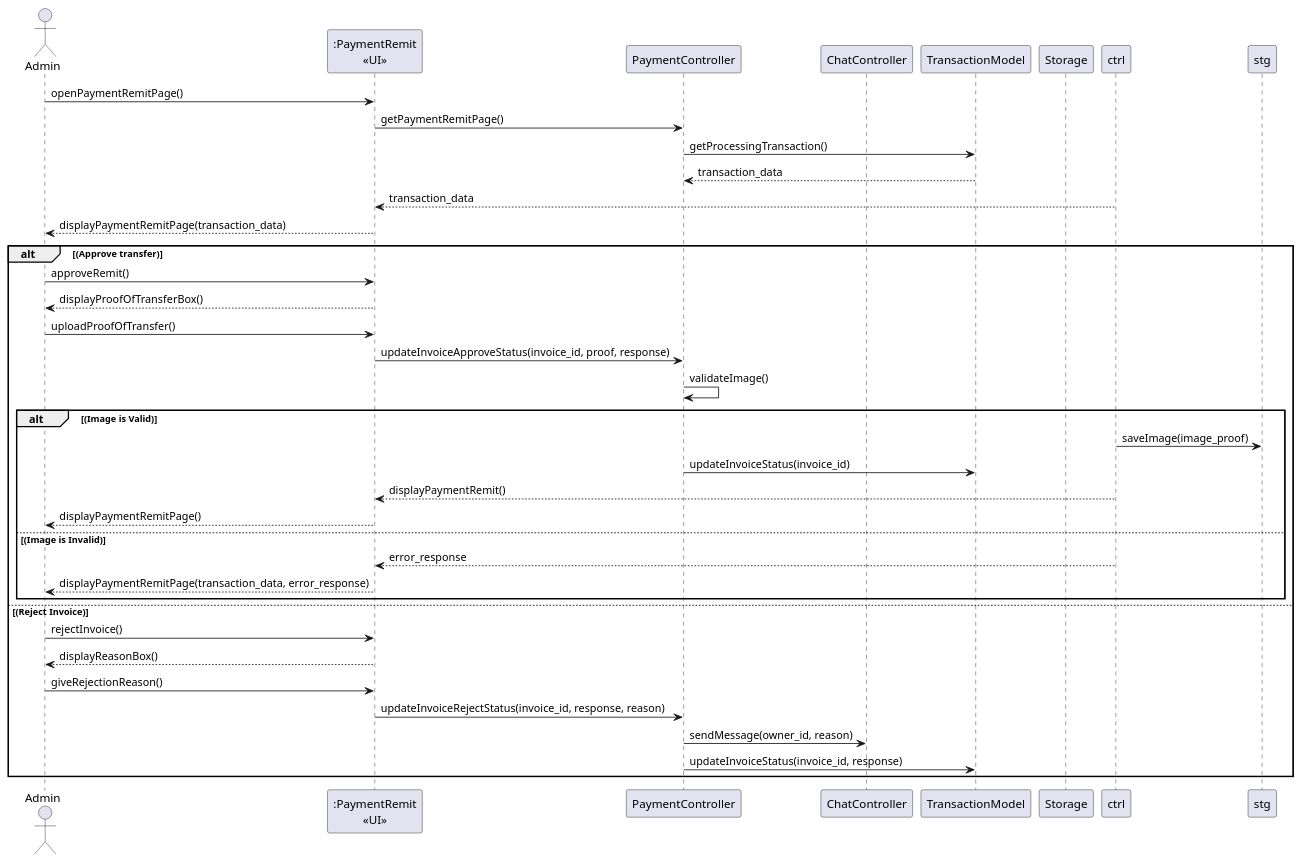
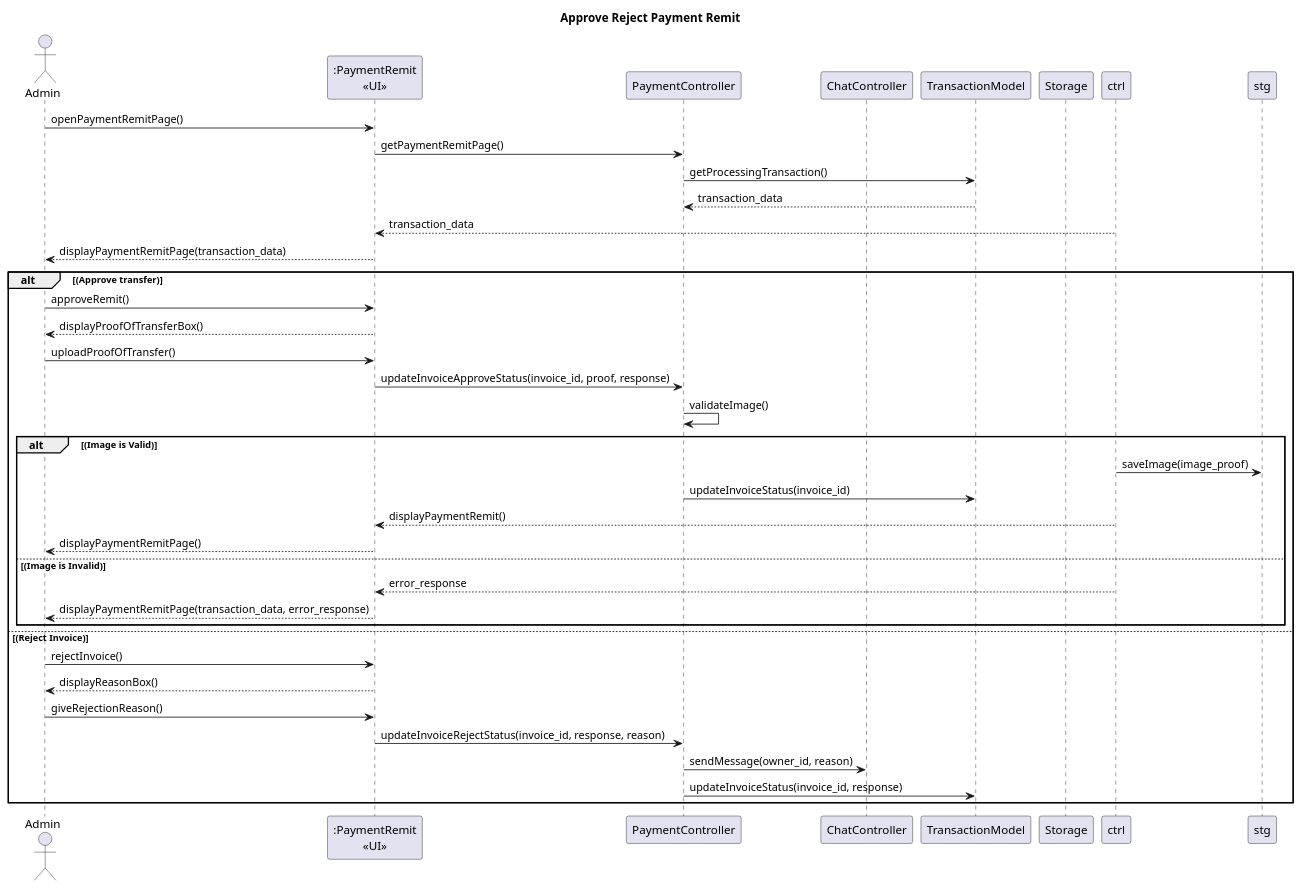
One commit to AntWort21/BHFMS changed the diagram in Design/BHFMS_SEQUENCE/Admin/Payment/Approve Reject Payment Remit.puml. Above: the diagram before and after it, drawn with PlantUML. The commit also changed 23 other files, not shown here.

```diff
--- a/Design/BHFMS_SEQUENCE/Admin/Payment/Approve Reject Payment Remit.puml
+++ b/Design/BHFMS_SEQUENCE/Admin/Payment/Approve Reject Payment Remit.puml
@@ -1,41 +1,42 @@
 @startuml
+title Approve Reject Payment Remit
 actor "Admin" as act
 participant ":PaymentRemit\n<<UI>>" as view
 participant PaymentController as pctrl
 participant ChatController as cctrl
 participant TransactionModel as tm
 participant Storage as strg
 
 act -> view : openPaymentRemitPage()
 view -> pctrl : getPaymentRemitPage()
 pctrl -> tm : getProcessingTransaction()
 pctrl <-- tm : transaction_data
 view <-- ctrl : transaction_data
 act <-- view : displayPaymentRemitPage(transaction_data) 
 alt (Approve transfer)
 
     act -> view : approveRemit()
     
     act <-- view : displayProofOfTransferBox()
     act -> view : uploadProofOfTransfer()
     view -> pctrl : updateInvoiceApproveStatus(invoice_id, proof, response)
     pctrl -> pctrl : validateImage()
     alt (Image is Valid) 
         ctrl -> stg : saveImage(image_proof)
         pctrl -> tm : updateInvoiceStatus(invoice_id)
         view <-- ctrl : displayPaymentRemit()
         act <-- view: displayPaymentRemitPage()
     else (Image is Invalid)
         view <-- ctrl : error_response
         act <-- view : displayPaymentRemitPage(transaction_data, error_response) 
     end
 else (Reject Invoice)
     act -> view : rejectInvoice()
     act <-- view : displayReasonBox()
     act -> view : giveRejectionReason()
     
     view -> pctrl : updateInvoiceRejectStatus(invoice_id, response, reason)
     pctrl -> cctrl : sendMessage(owner_id, reason)
     pctrl -> tm : updateInvoiceStatus(invoice_id, response)
 end
 @enduml
```
